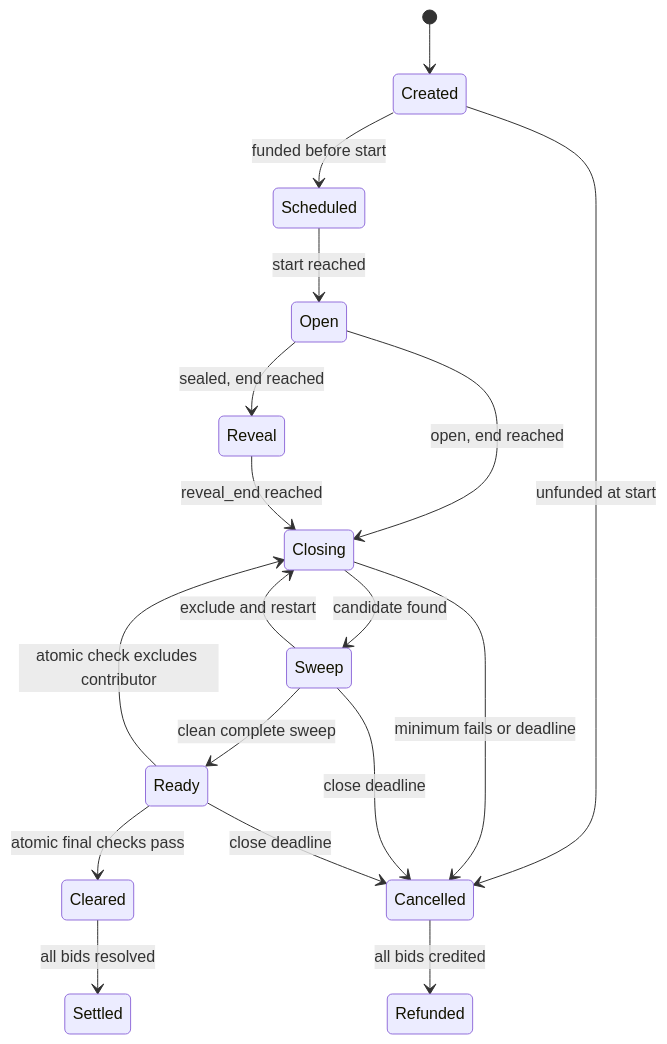
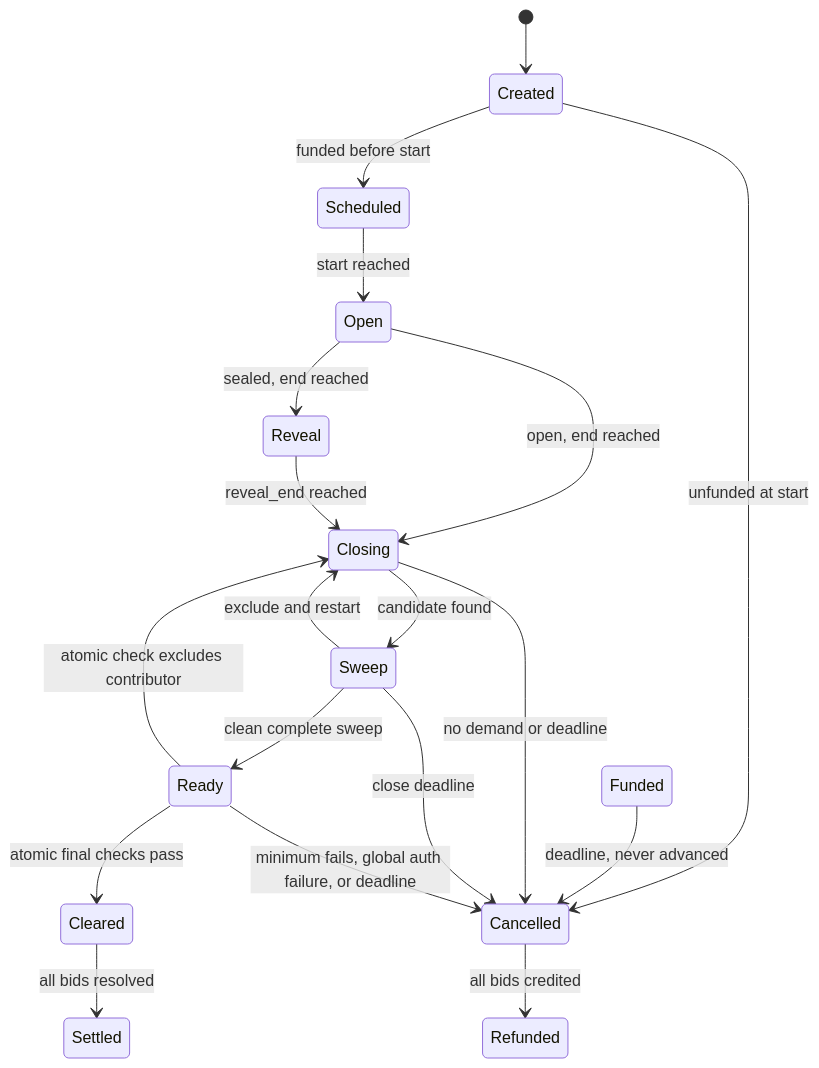
One commit to crossing-finance-org/crossing changed the second of 4 diagrams in ARCHITECTURE.md. Above: the diagram before and after it, drawn with Mermaid. The commit also changed 4 other files, not shown here.

````diff
--- a/ARCHITECTURE.md
+++ b/ARCHITECTURE.md
@@ -329,20 +329,21 @@
 ```mermaid
 stateDiagram-v2
     [*] --> Created
     Created --> Scheduled: funded before start
     Created --> Cancelled: unfunded at start
     Scheduled --> Open: start reached
     Open --> Reveal: sealed, end reached
     Open --> Closing: open, end reached
     Reveal --> Closing: reveal_end reached
     Closing --> Sweep: candidate found
     Sweep --> Closing: exclude and restart
     Sweep --> Ready: clean complete sweep
     Ready --> Closing: atomic check excludes contributor
     Ready --> Cleared: atomic final checks pass
-    Closing --> Cancelled: minimum fails or deadline
+    Funded --> Cancelled: deadline, never advanced
+    Closing --> Cancelled: no demand or deadline
     Sweep --> Cancelled: close deadline
-    Ready --> Cancelled: close deadline
+    Ready --> Cancelled: minimum fails, global auth failure, or deadline
     Cleared --> Settled: all bids resolved
     Cancelled --> Refunded: all bids credited
 ```
````
